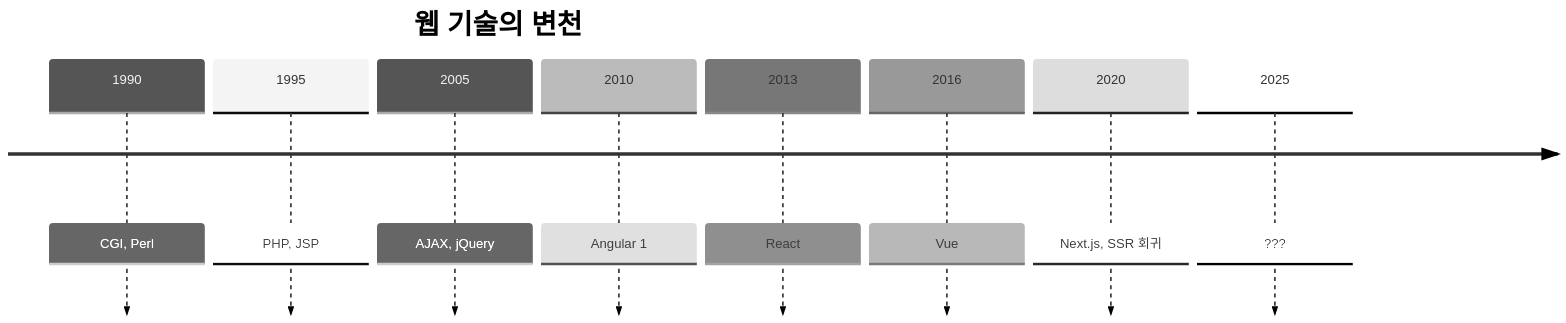
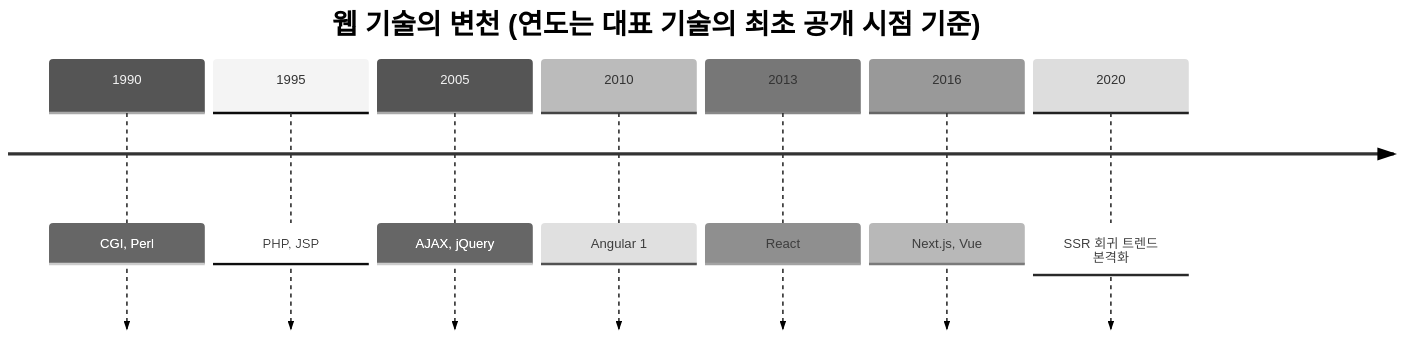
The seventh of 9 diagrams in content/collection/cleanarchitecture/42-web-is-detail-gui-history/index.md (42jerrykim/42jerrykim.github.io), drawn with Mermaid (neutral theme) before and after one commit. The commit also changed other lines of this file, not shown here.

````diff
--- a/content/collection/cleanarchitecture/42-web-is-detail-gui-history/index.md
+++ b/content/collection/cleanarchitecture/42-web-is-detail-gui-history/index.md
@@ -226,12 +236,11 @@
 ```mermaid
 timeline
-    title 웹 기술의 변천
+    title 웹 기술의 변천 (연도는 대표 기술의 최초 공개 시점 기준)
     1990 : CGI, Perl
     1995 : PHP, JSP
     2005 : AJAX, jQuery
     2010 : Angular 1
     2013 : React
-    2016 : Vue
-    2020 : Next.js, SSR 회귀
-    2025 : ???
+    2016 : Next.js, Vue
+    2020 : SSR 회귀 트렌드 본격화
 ```
````
